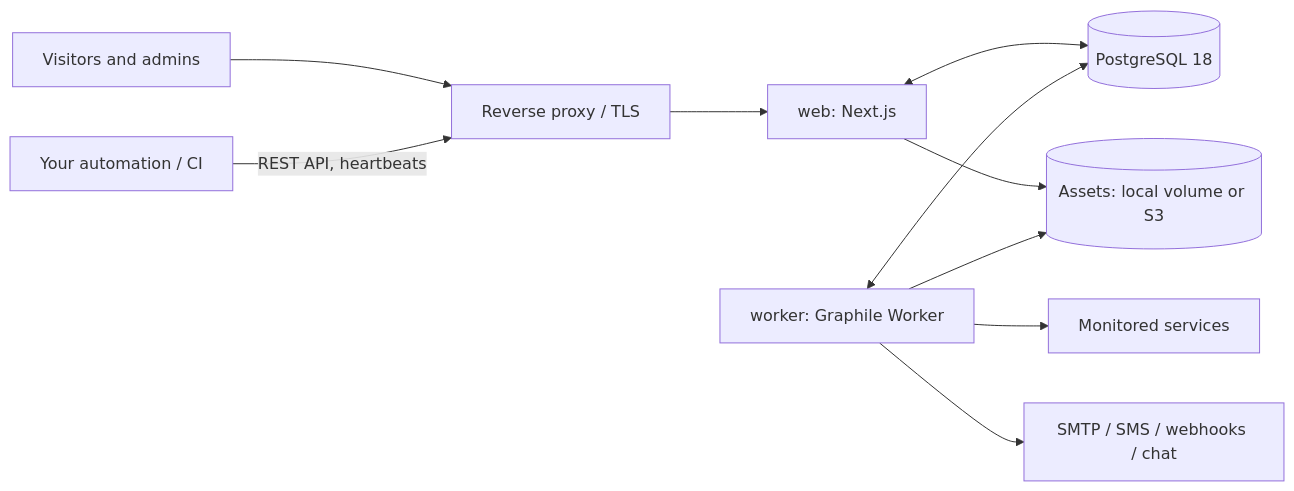
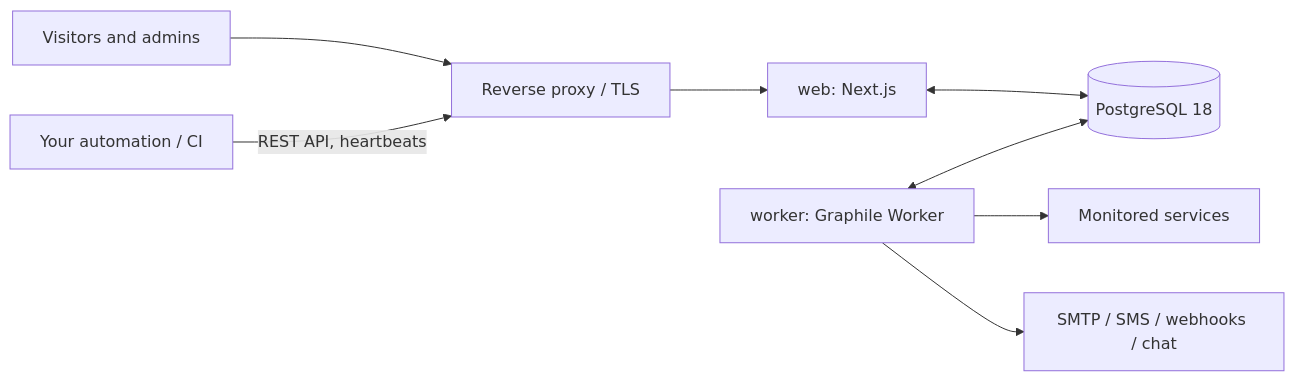
One commit to rameshbgm/signalhub changed the diagram in README.md. Above: the diagram before and after it, drawn with Mermaid. The commit also changed other lines of this file and 36 other files, not shown here.

First line of the commit message:
chore: remove Helm chart and S3 storage

````diff
--- a/README.md
+++ b/README.md
@@ -220,11 +217,10 @@
 ```mermaid
 flowchart LR
   U[Visitors and admins] --> P[Reverse proxy / TLS]
   P --> W[web: Next.js]
   W <--> DB[(PostgreSQL 18)]
   WK[worker: Graphile Worker] <--> DB
   WK --> M[Monitored services]
   WK --> N[SMTP / SMS / webhooks / chat]
-  W & WK --> S[(Assets: local volume or S3)]
-  A[Your automation / CI] -->|REST API, heartbeats| P
+    A[Your automation / CI] -->|REST API, heartbeats| P
 ```
````
